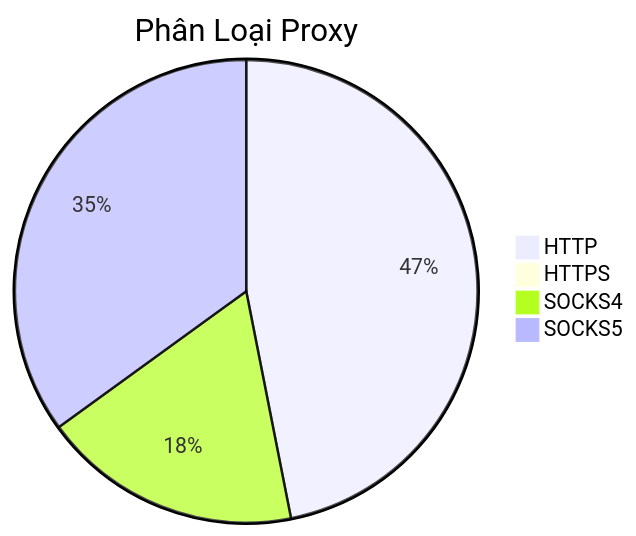
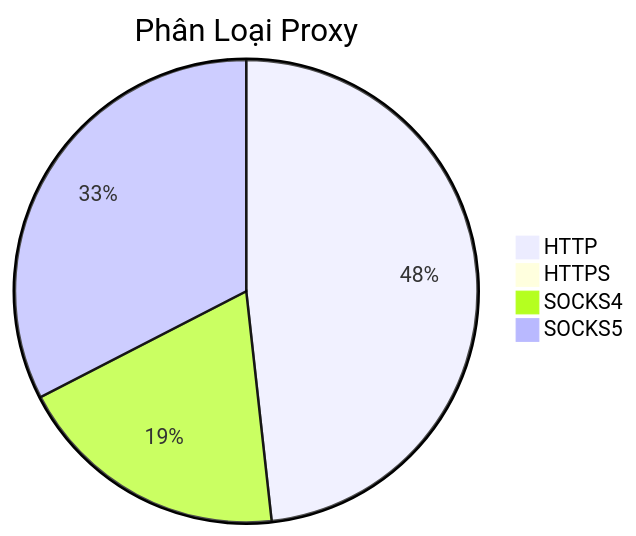
Before and after one commit to Ciara-12/PROXY-free: the diagram in README.md, drawn with Mermaid. The commit also changed other lines of this file and 3 other files, not shown here.

````diff
--- a/README.md
+++ b/README.md
@@ -26,7 +26,7 @@
 ```mermaid
 pie title Phân Loại Proxy
-    "HTTP" : 1059
+    "HTTP" : 1086
     "HTTPS" : 1
-    "SOCKS4" : 409
-    "SOCKS5" : 790
+    "SOCKS4" : 432
+    "SOCKS5" : 733
 ```
````
